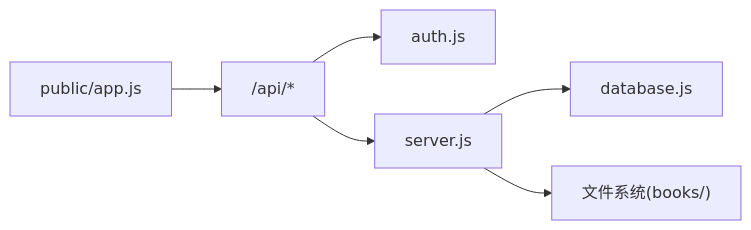
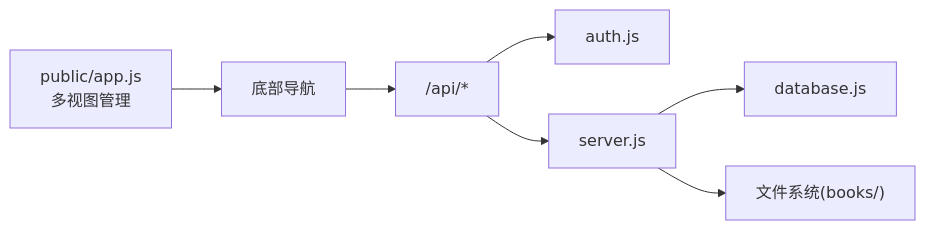
One commit to 1431529361/aread changed the fourth of 4 diagrams in .qoder/repowiki/zh/content/用户指南/阅读体验.md. Above: the diagram before and after it, drawn with Mermaid. The commit also changed other lines of this file and 32 other files, not shown here.

````diff
--- a/.qoder/repowiki/zh/content/用户指南/阅读体验.md
+++ b/.qoder/repowiki/zh/content/用户指南/阅读体验.md
@@ -288,8 +367,9 @@
 ```mermaid
 graph LR
-APP["public/app.js"] --> API["/api/*"]
+APP["public/app.js<br/>多视图管理"] --> NAV["底部导航"]
+NAV --> API["/api/*"]
 API --> AUTH["auth.js"]
 API --> SRV["server.js"]
 SRV --> DB["database.js"]
 SRV --> FS["文件系统(books/)"]
 ```
````
